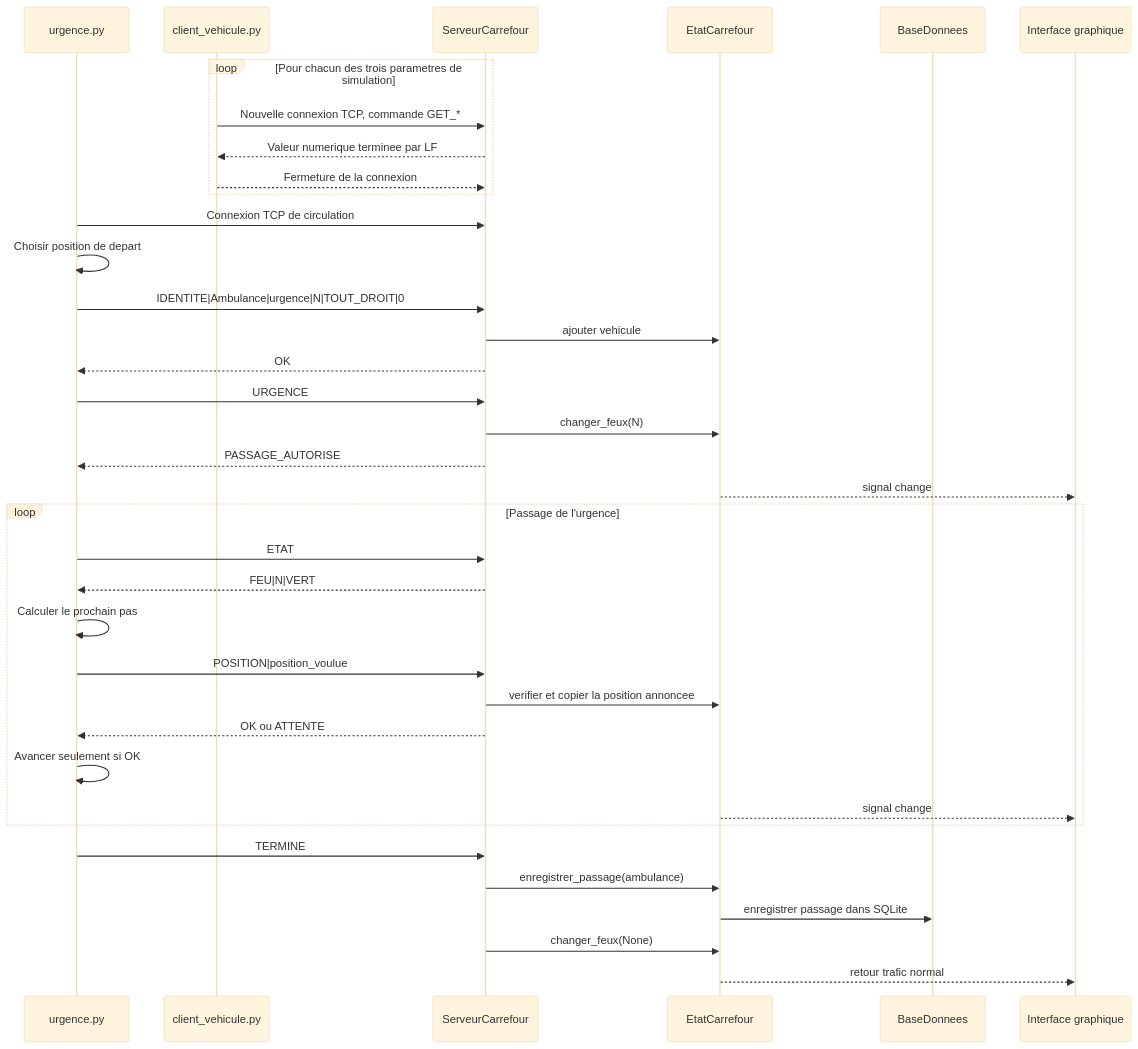
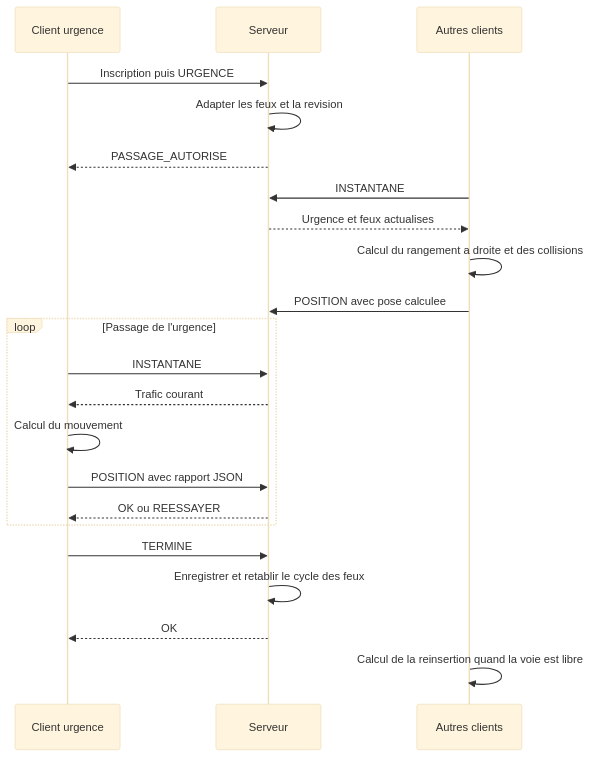
One commit to glufy100/SAE302main changed the sixth of 8 diagrams in doc/Documentation_Technique.md. Above: the diagram before and after it, drawn with Mermaid (base theme). The commit also changed other lines of this file and 38 other files, not shown here.

Commit message:
Deplace la logique vehicule vers les clients et ajoute les paquets Debian 13

````diff
--- a/doc/Documentation_Technique.md
+++ b/doc/Documentation_Technique.md
@@ -427,42 +335,24 @@
 ```mermaid
 sequenceDiagram
-    participant U as urgence.py
-    participant C as client_vehicule.py
-    participant S as ServeurCarrefour
-    participant E as EtatCarrefour
-    participant B as BaseDonnees
-    participant I as Interface graphique
-
-    loop Pour chacun des trois parametres de simulation
-        C->>S: Nouvelle connexion TCP, commande GET_*
-        S-->>C: Valeur numerique terminee par LF
-        C-->>S: Fermeture de la connexion
+    participant U as Client urgence
+    participant S as Serveur
+    participant V as Autres clients
+    U->>S: Inscription puis URGENCE
+    S->>S: Adapter les feux et la revision
+    S-->>U: PASSAGE_AUTORISE
+    V->>S: INSTANTANE
+    S-->>V: Urgence et feux actualises
+    V->>V: Calcul du rangement a droite et des collisions
+    V->>S: POSITION avec pose calculee
+    loop Passage de l'urgence
+        U->>S: INSTANTANE
+        S-->>U: Trafic courant
+        U->>U: Calcul du mouvement
+        U->>S: POSITION avec rapport JSON
+        S-->>U: OK ou REESSAYER
     end
-    U->>S: Connexion TCP de circulation
-    U->>U: Choisir position de depart
-    U->>S: IDENTITE|Ambulance|urgence|N|TOUT_DROIT|0
-    S->>E: ajouter vehicule
+    U->>S: TERMINE
+    S->>S: Enregistrer et retablir le cycle des feux
     S-->>U: OK
-
-    U->>S: URGENCE
-    S->>E: changer_feux(N)
-    S-->>U: PASSAGE_AUTORISE
-    E-->>I: signal change
-
-    loop Passage de l'urgence
-        U->>S: ETAT
-        S-->>U: FEU|N|VERT
-        U->>U: Calculer le prochain pas
-        U->>S: POSITION|position_voulue
-        S->>E: verifier et copier la position annoncee
-        S-->>U: OK ou ATTENTE
-        U->>U: Avancer seulement si OK
-        E-->>I: signal change
-    end
-
-    U->>S: TERMINE
-    S->>E: enregistrer_passage(ambulance)
-    E->>B: enregistrer passage dans SQLite
-    S->>E: changer_feux(None)
-    E-->>I: retour trafic normal
+    V->>V: Calcul de la reinsertion quand la voie est libre
 ```
````
